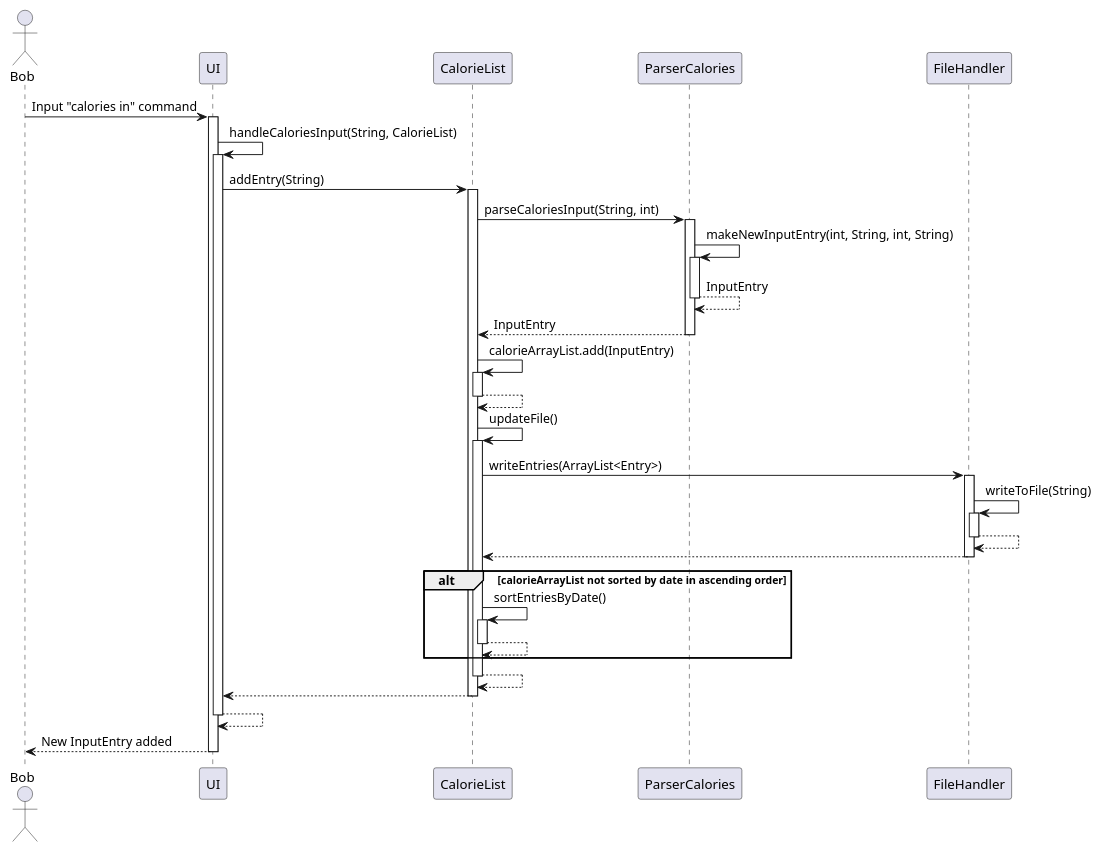
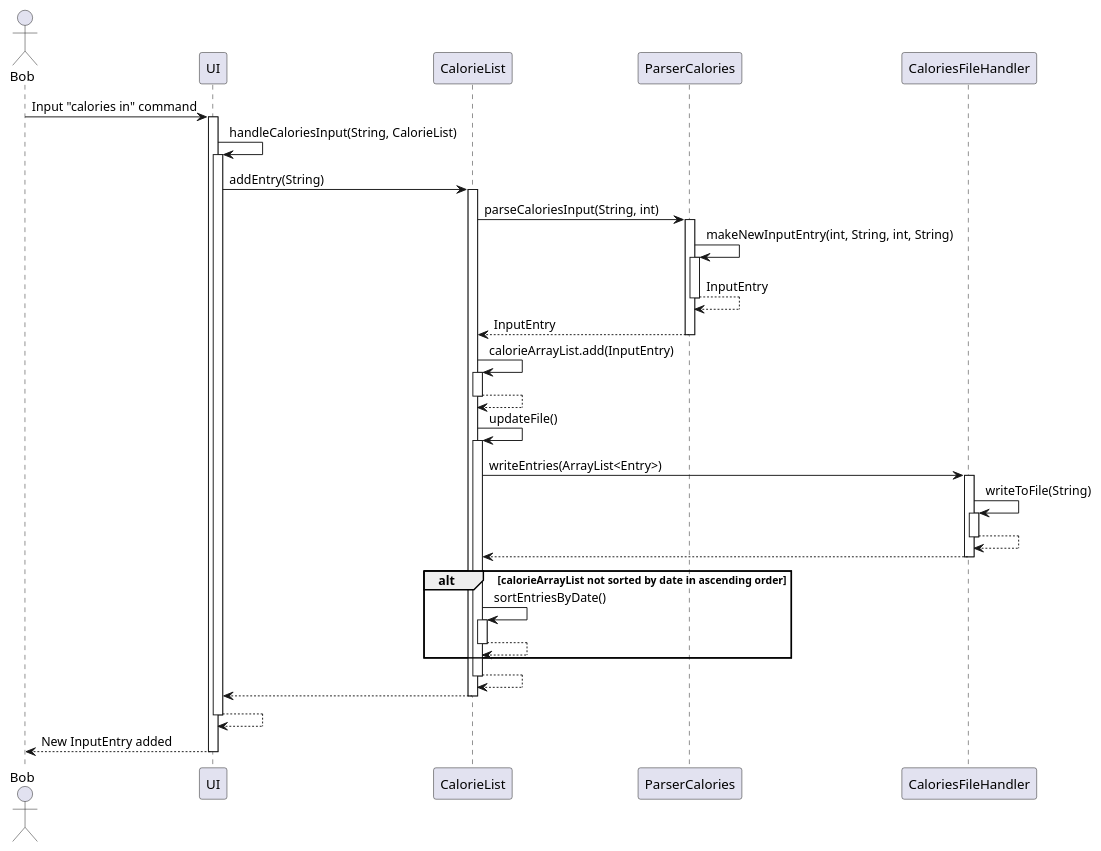
Before and after one commit to AY2324S2-CS2113-F15-2/tp: the diagram in docs/diagrams/calories_component.puml, drawn with PlantUML. The commit also changed 9 other files, not shown here.

```diff
--- a/docs/diagrams/calories_component.puml
+++ b/docs/diagrams/calories_component.puml
@@ -1,47 +1,47 @@
 @startuml
 actor Bob
 Bob -> UI: Input "calories in" command
 activate UI
 
 UI -> UI: handleCaloriesInput(String, CalorieList)
 activate UI
 
 UI -> CalorieList: addEntry(String)
 activate CalorieList
 
 CalorieList -> ParserCalories: parseCaloriesInput(String, int)
 activate ParserCalories
 
 ParserCalories -> ParserCalories : makeNewInputEntry(int, String, int, String)
 activate ParserCalories
 
 return InputEntry
 return InputEntry
 
 CalorieList -> CalorieList: calorieArrayList.add(InputEntry)
 activate CalorieList
 return
 
 CalorieList -> CalorieList: updateFile()
 activate CalorieList
 
-CalorieList -> FileHandler : writeEntries(ArrayList<Entry>)
-activate FileHandler
-FileHandler -> FileHandler : writeToFile(String)
-activate FileHandler
+CalorieList -> CaloriesFileHandler : writeEntries(ArrayList<Entry>)
+activate CaloriesFileHandler
+CaloriesFileHandler -> CaloriesFileHandler : writeToFile(String)
+activate CaloriesFileHandler
 return
 return
 
 alt calorieArrayList not sorted by date in ascending order
     CalorieList -> CalorieList : sortEntriesByDate()
     activate CalorieList
     return
 end
 
 
 return
 return
 return
 return New InputEntry added
 
 @enduml
```
